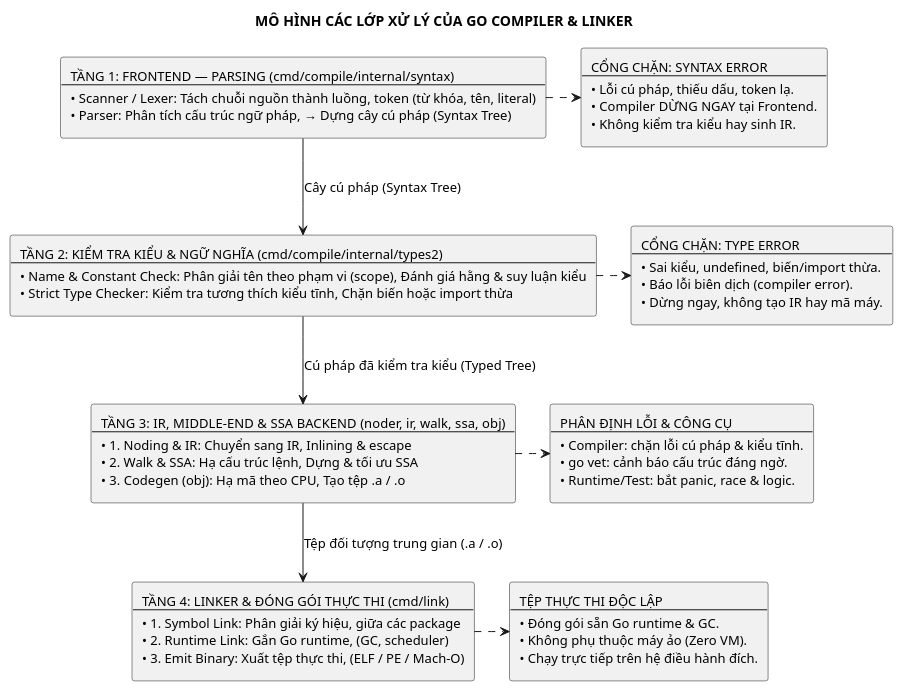
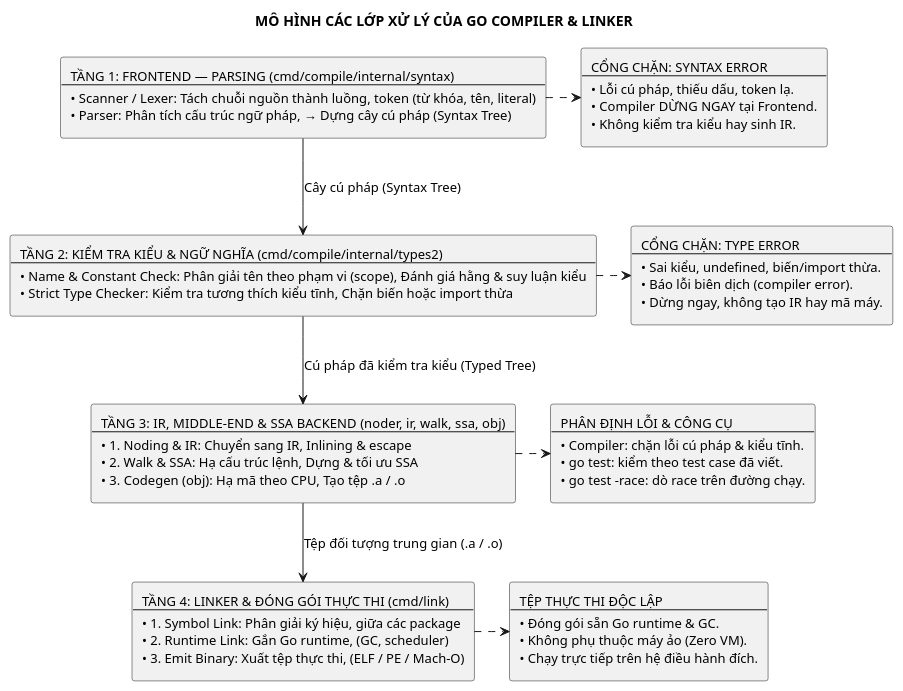
The diagram in assets/diagrams/compiler-doc-go.puml (Minhlike/Golang), drawn with PlantUML before and after one commit. The commit also changed 5 other files, not shown here.

Commit message:
fix(diagrams): refine semantic statements in Fig 2 and Fig 5 and add contract tests

```diff
--- a/assets/diagrams/compiler-doc-go.puml
+++ b/assets/diagrams/compiler-doc-go.puml
@@ -1,29 +1,29 @@
 @startuml
 ' AUTHORITATIVE SOURCE OF TRUTH: scripts/render_figures_1_6.py
 ' Auto-synchronized from the canonical specification in scripts/render_figures_1_6.py.
 skinparam backgroundColor white
 skinparam shadowing false
 skinparam defaultFontName "Source Sans 3"
 skinparam defaultFontSize 13
 skinparam defaultFontColor #000000
 title MÔ HÌNH CÁC LỚP XỬ LÝ CỦA GO COMPILER & LINKER
 
 top to bottom direction
 
 rectangle "TẦNG 1: FRONTEND — PARSING (cmd/compile/internal/syntax)\n---\n• Scanner / Lexer: Tách chuỗi nguồn thành luồng, token (từ khóa, tên, literal)\n• Parser: Phân tích cấu trúc ngữ pháp, → Dựng cây cú pháp (Syntax Tree)" as layer1
 rectangle "CỔNG CHẶN: SYNTAX ERROR\n---\n• Lỗi cú pháp, thiếu dấu, token lạ.\n• Compiler DỪNG NGAY tại Frontend.\n• Không kiểm tra kiểu hay sinh IR." as side1
 rectangle "TẦNG 2: KIỂM TRA KIỂU & NGỮ NGHĨA (cmd/compile/internal/types2)\n---\n• Name & Constant Check: Phân giải tên theo phạm vi (scope), Đánh giá hằng & suy luận kiểu\n• Strict Type Checker: Kiểm tra tương thích kiểu tĩnh, Chặn biến hoặc import thừa" as layer2
 rectangle "CỔNG CHẶN: TYPE ERROR\n---\n• Sai kiểu, undefined, biến/import thừa.\n• Báo lỗi biên dịch (compiler error).\n• Dừng ngay, không tạo IR hay mã máy." as side2
 rectangle "TẦNG 3: IR, MIDDLE-END & SSA BACKEND (noder, ir, walk, ssa, obj)\n---\n• 1. Noding & IR: Chuyển sang IR, Inlining & escape\n• 2. Walk & SSA: Hạ cấu trúc lệnh, Dựng & tối ưu SSA\n• 3. Codegen (obj): Hạ mã theo CPU, Tạo tệp .a / .o" as layer3
-rectangle "PHÂN ĐỊNH LỖI & CÔNG CỤ\n---\n• Compiler: chặn lỗi cú pháp & kiểu tĩnh.\n• go vet: cảnh báo cấu trúc đáng ngờ.\n• Runtime/Test: bắt panic, race & logic." as side3
+rectangle "PHÂN ĐỊNH LỖI & CÔNG CỤ\n---\n• Compiler: chặn lỗi cú pháp & kiểu tĩnh.\n• go test: kiểm theo test case đã viết.\n• go test -race: dò race trên đường chạy." as side3
 rectangle "TẦNG 4: LINKER & ĐÓNG GÓI THỰC THI (cmd/link)\n---\n• 1. Symbol Link: Phân giải ký hiệu, giữa các package\n• 2. Runtime Link: Gắn Go runtime, (GC, scheduler)\n• 3. Emit Binary: Xuất tệp thực thi, (ELF / PE / Mach-O)" as layer4
 rectangle "TỆP THỰC THI ĐỘC LẬP\n---\n• Đóng gói sẵn Go runtime & GC.\n• Không phụ thuộc máy ảo (Zero VM).\n• Chạy trực tiếp trên hệ điều hành đích." as side4
 
 layer1 .right.> side1
 layer1 --> layer2 : Cây cú pháp (Syntax Tree)
 layer2 .right.> side2
 layer2 --> layer3 : Cú pháp đã kiểm tra kiểu (Typed Tree)
 layer3 .right.> side3
 layer3 --> layer4 : Tệp đối tượng trung gian (.a / .o)
 layer4 .right.> side4
 @enduml
```
